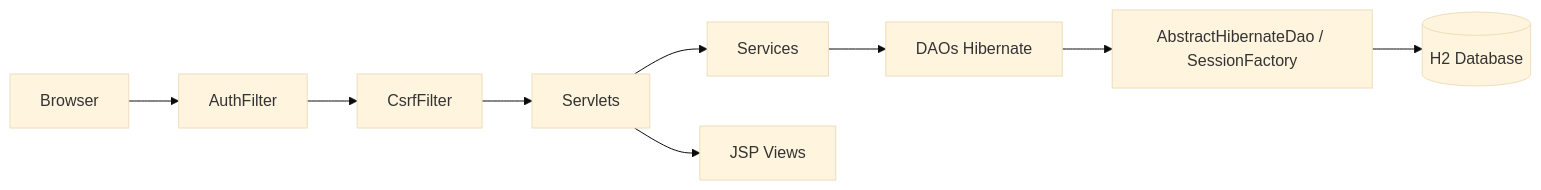
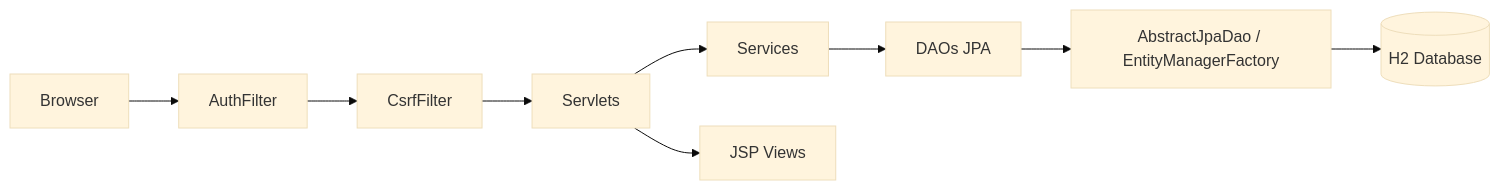
One commit to KrystianYCSilva/min-java6-webapp changed the diagram in docs/ARCHITECTURE.md. Above: the diagram before and after it, drawn with Mermaid (base theme). The commit also changed other lines of this file and 17 other files, not shown here.

````diff
--- a/docs/ARCHITECTURE.md
+++ b/docs/ARCHITECTURE.md
@@ -25,11 +25,11 @@
 ```mermaid
 flowchart LR
     A[Browser] --> B[AuthFilter]
     B --> C[CsrfFilter]
     C --> D[Servlets]
     D --> E[Services]
-    E --> F[DAOs Hibernate]
-    F --> I[AbstractHibernateDao / SessionFactory]
+    E --> F[DAOs JPA]
+    F --> I[AbstractJpaDao / EntityManagerFactory]
     I --> G[(H2 Database)]
     D --> H[JSP Views]
 ```
````
